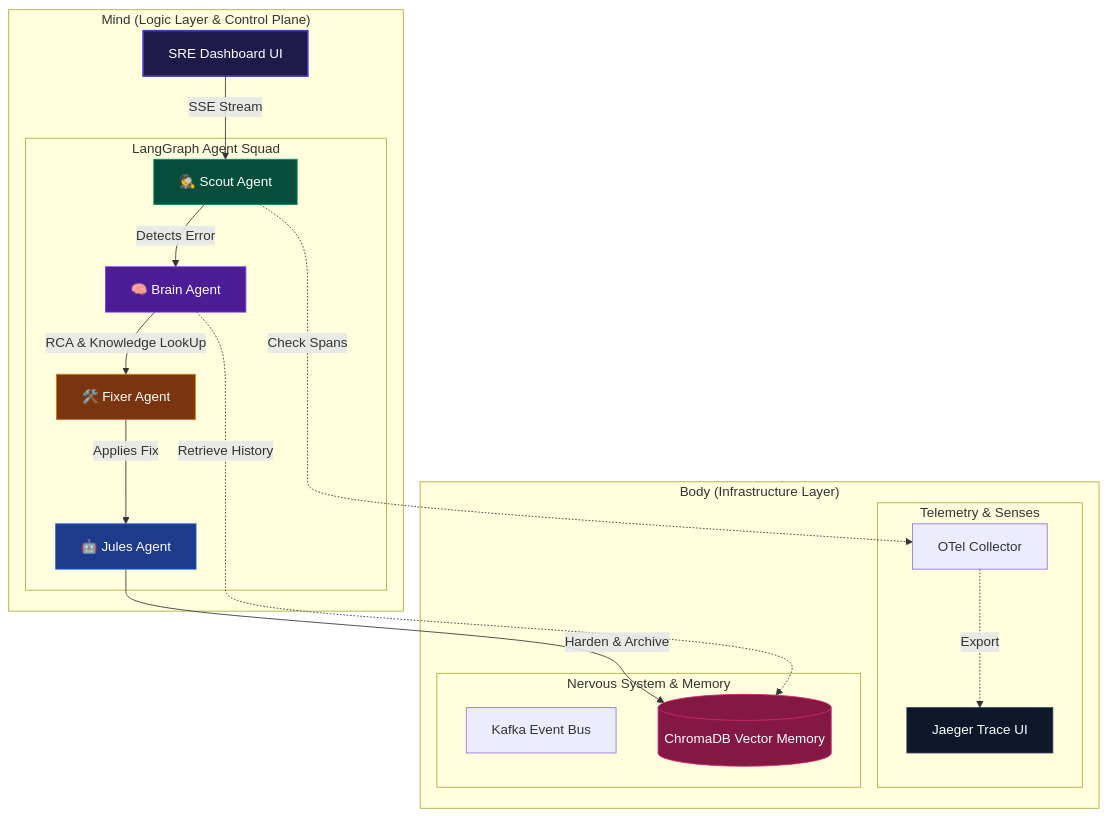
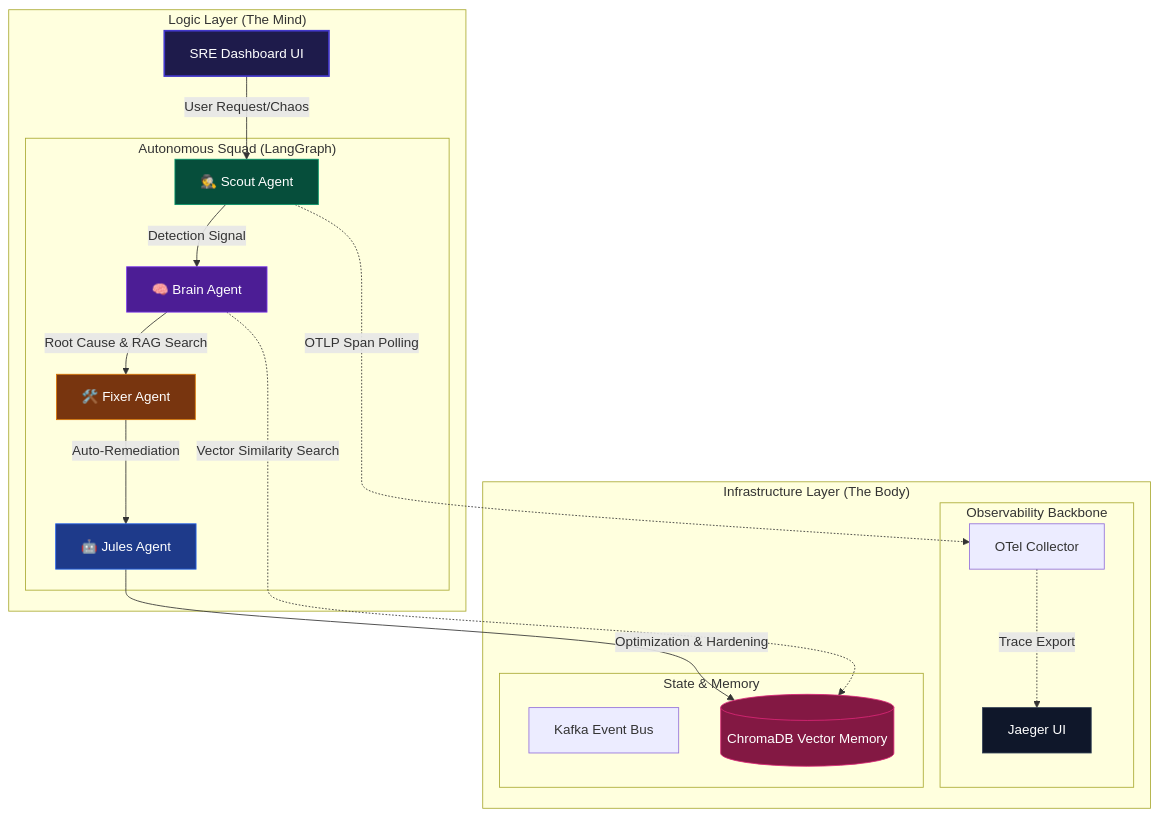
The diagram in README.md (mohammedsalmanj/sre.space-cp), drawn with Mermaid before and after one commit. The commit also changed other lines of this file, not shown here.

````diff
--- a/README.md
+++ b/README.md
@@ -17,44 +28,44 @@
 ```mermaid
 graph TD
-    subgraph "Mind (Logic Layer & Control Plane)"
+    subgraph "Logic Layer (The Mind)"
         Dashboard[SRE Dashboard UI]
-        subgraph "LangGraph Agent Squad"
+        subgraph "Autonomous Squad (LangGraph)"
             Scout[🕵️ Scout Agent]
             Brain[🧠 Brain Agent]
             Fixer[🛠️ Fixer Agent]
             Jules[🤖 Jules Agent]
         end
     end
 
-    subgraph "Body (Infrastructure Layer)"
-        subgraph "Telemetry & Senses"
-            Jaeger[Jaeger Trace UI]
+    subgraph "Infrastructure Layer (The Body)"
+        subgraph "Observability Backbone"
+            Jaeger[Jaeger UI]
             OTel[OTel Collector]
         end
-        subgraph "Nervous System & Memory"
+        subgraph "State & Memory"
             Kafka[Kafka Event Bus]
             Chroma[(ChromaDB Vector Memory)]
         end
     end
 
     %% Interactions
-    Dashboard -->|SSE Stream| Scout
-    Scout -->|Detects Error| Brain
-    Brain -->|RCA & Knowledge LookUp| Fixer
-    Fixer -->|Applies Fix| Jules
-    Jules -->|Harden & Archive| Chroma
+    Dashboard -->|User Request/Chaos| Scout
+    Scout -->|Detection Signal| Brain
+    Brain -->|Root Cause & RAG Search| Fixer
+    Fixer -->|Auto-Remediation| Jules
+    Jules -->|Optimization & Hardening| Chroma
 
     %% Data Connections
-    Scout -.->|Check Spans| OTel
-    Brain -.->|Retrieve History| Chroma
-    OTel -.->|Export| Jaeger
+    Scout -.->|OTLP Span Polling| OTel
+    Brain -.->|Vector Similarity Search| Chroma
+    OTel -.->|Trace Export| Jaeger
     
     %% Styling
     style Dashboard fill:#1e1b4b,stroke:#4338ca,color:#fff,stroke-width:2px
     style Scout fill:#064e3b,stroke:#059669,color:#fff
     style Brain fill:#4c1d95,stroke:#7c3aed,color:#fff
     style Fixer fill:#78350f,stroke:#d97706,color:#fff
     style Jules fill:#1e3a8a,stroke:#2563eb,color:#fff
     style Chroma fill:#831843,stroke:#db2777,color:#fff
     style Jaeger fill:#0f172a,stroke:#334155,color:#fff
 ```
````
